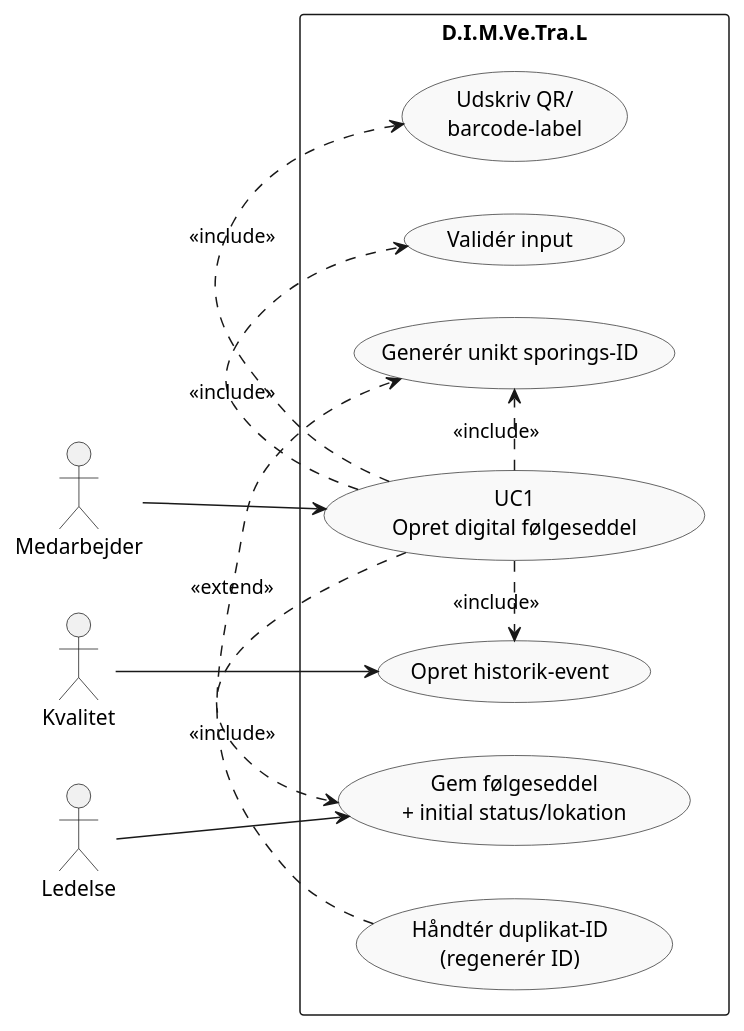
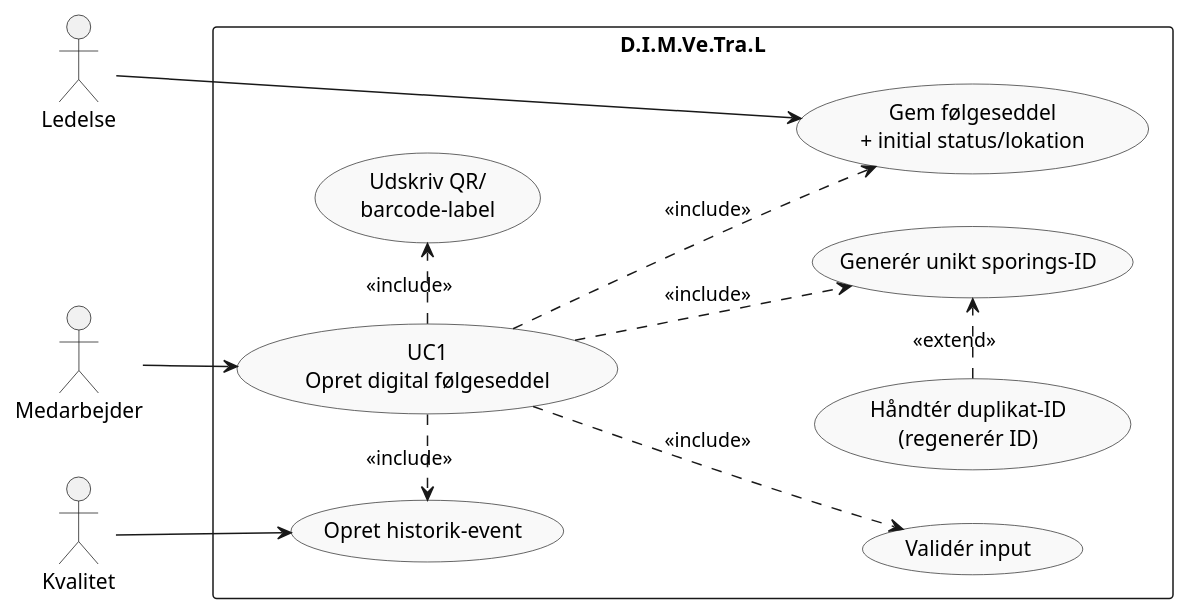
Before and after one commit to marsbo04/budweg: the diagram in uml_artifacts/uc1_use_case_diagram.puml, drawn with PlantUML.

Commit message:
UC1 use case diagram improve clarity

```diff
--- a/uml_artifacts/uc1_use_case_diagram.puml
+++ b/uml_artifacts/uc1_use_case_diagram.puml
@@ -1,33 +1,33 @@
 @startuml
 left to right direction
 skinparam packageStyle rectangle
 skinparam usecase {
   BackgroundColor #F9F9F9
   BorderColor #333333
 }
 
 actor "Medarbejder" as Employee
 actor "Kvalitet" as Quality
 actor "Ledelse" as Management
 
 rectangle "D.I.M.Ve.Tra.L" {
     usecase "UC1\nOpret digital følgeseddel" as UC1
     usecase "Validér input" as UC2
     usecase "Generér unikt sporings-ID" as UC3
     usecase "Gem følgeseddel\n+ initial status/lokation" as UC4
     usecase "Opret historik-event" as UC5
     usecase "Udskriv QR/\nbarcode-label" as UC6    
     usecase "Håndtér duplikat-ID\n(regenerér ID)" as UC7
 }
-
+Management ---> UC4
 Employee --> UC1
-UC1 .> UC2 : <<include>>
-UC1 .> UC3 : <<include>>
-UC1 .> UC4 : <<include>>
+UC1 ..> UC2 : <<include>>
+UC1 ..> UC3 : <<include>>
+UC1 ..> UC4 : <<include>>
 UC1 .> UC5 : <<include>>
 UC1 .> UC6 : <<include>>
 UC7 .> UC3 : <<extend>>
 Quality --> UC5
-Management --> UC4
+
 
 @enduml
```
